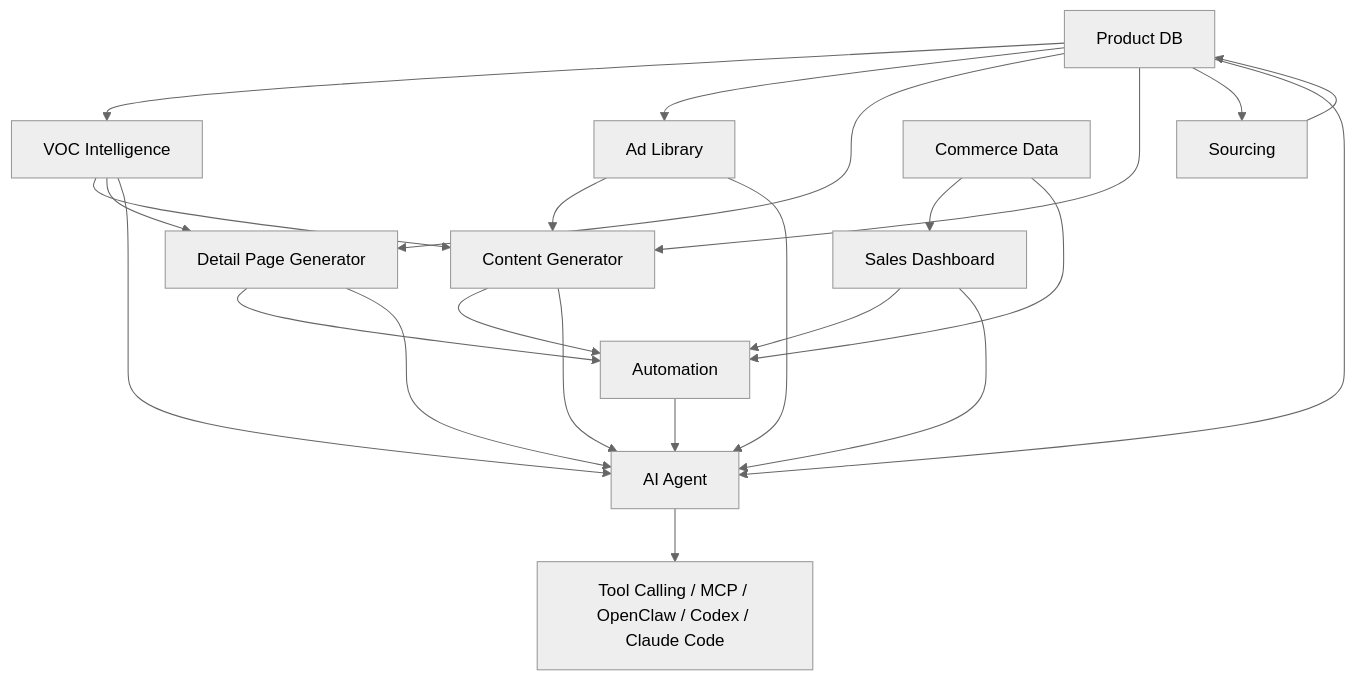
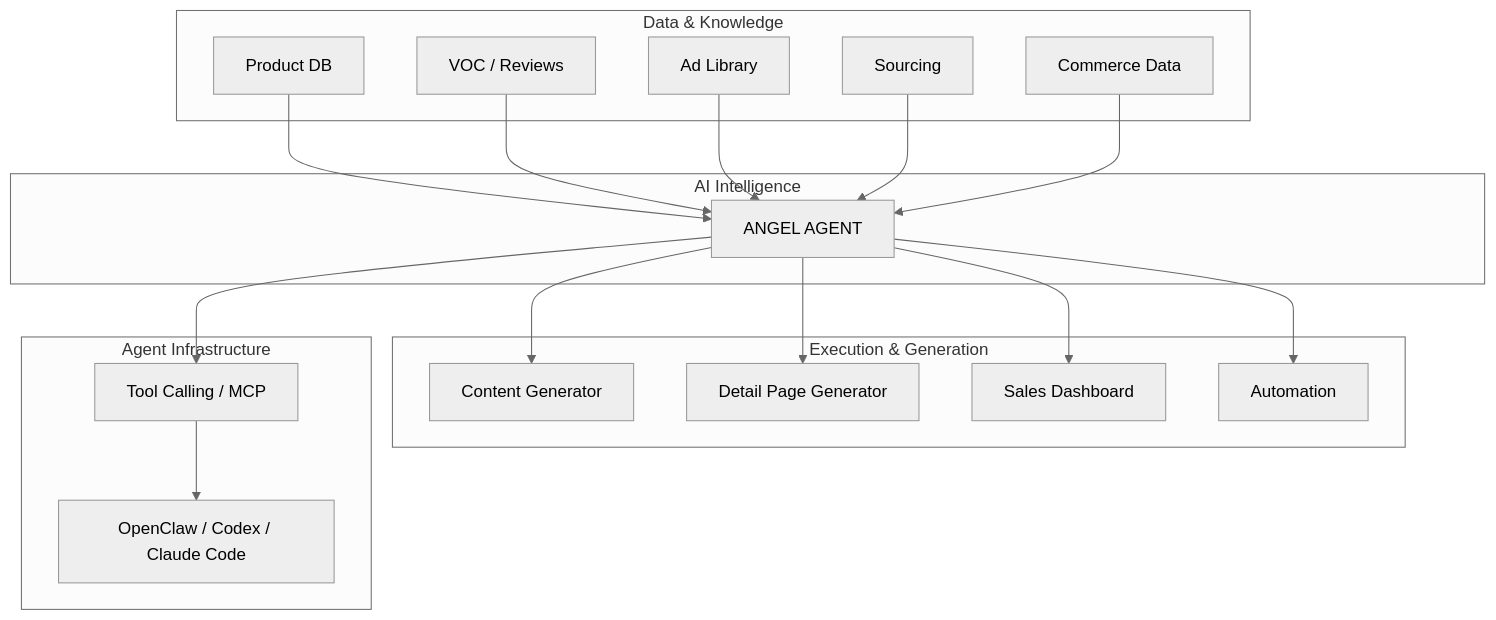
One commit to leejungwu/angel-agent changed the diagram in README.md. Above: the diagram before and after it, drawn with Mermaid (neutral theme).

Commit message:
Add architecture diagram to README

````diff
--- a/README.md
+++ b/README.md
@@ -102,30 +102,41 @@
 ```mermaid
 flowchart TD
-    A[Product DB] --> B[VOC Intelligence]
-    A --> C[Ad Library]
-    A --> D[Detail Page Generator]
-    A --> E[Content Generator]
-    A --> F[Sourcing]
 
-    B --> E
-    B --> D
-    C --> E
-    F --> A
+    subgraph DATA[Data & Knowledge]
+        P[Product DB]
+        V[VOC / Reviews]
+        A[Ad Library]
+        S[Sourcing]
+        C[Commerce Data]
+    end
 
-    G[Commerce Data] --> H[Sales Dashboard]
-    G --> I[Automation]
+    subgraph INTELLIGENCE[AI Intelligence]
+        AGENT[ANGEL AGENT]
+    end
 
-    E --> I
-    D --> I
-    H --> I
+    subgraph OUTPUT[Execution & Generation]
+        CONTENT[Content Generator]
+        DETAIL[Detail Page Generator]
+        SALES[Sales Dashboard]
+        AUTO[Automation]
+    end
 
-    I --> J[AI Agent]
-    A --> J
-    B --> J
-    C --> J
-    D --> J
-    E --> J
-    H --> J
+    subgraph INFRA[Agent Infrastructure]
+        TOOLS[Tool Calling / MCP]
+        CLIENTS[OpenClaw / Codex / Claude Code]
+    end
 
-    J --> K[Tool Calling / MCP / OpenClaw / Codex / Claude Code]
+    P --> AGENT
+    V --> AGENT
+    A --> AGENT
+    S --> AGENT
+    C --> AGENT
+
+    AGENT --> CONTENT
+    AGENT --> DETAIL
+    AGENT --> SALES
+    AGENT --> AUTO
+
+    AGENT --> TOOLS
+    TOOLS --> CLIENTS
 ```
````
